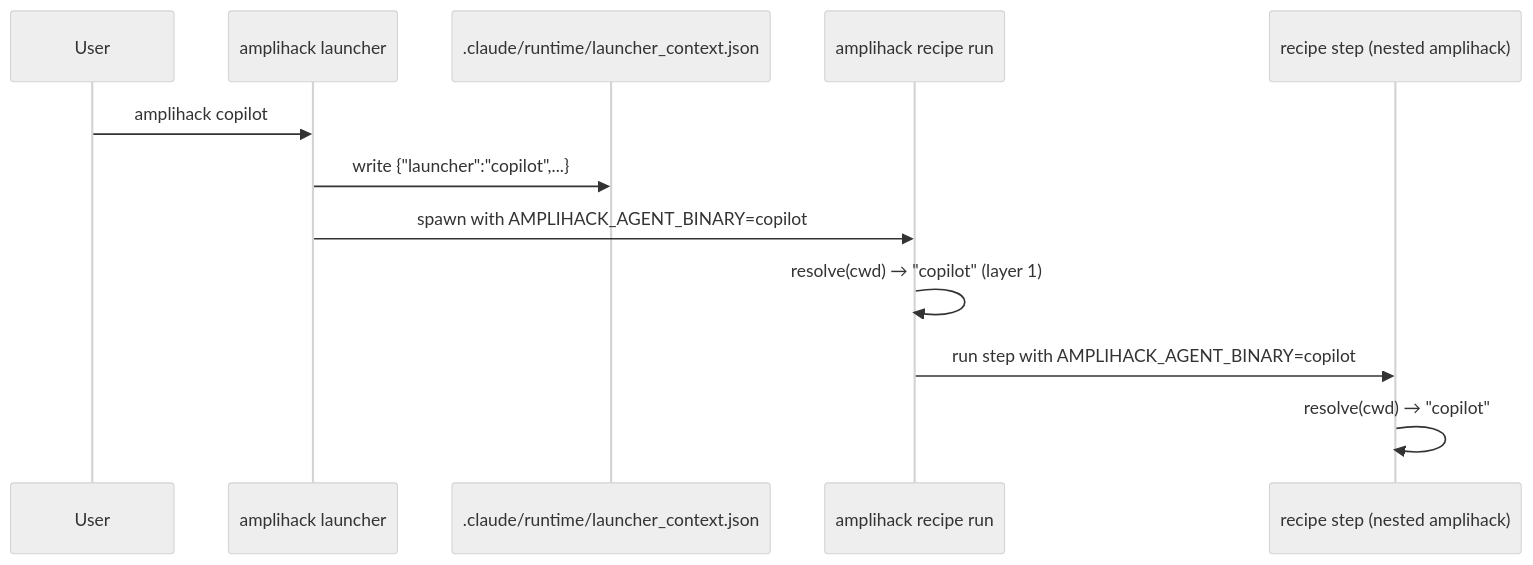
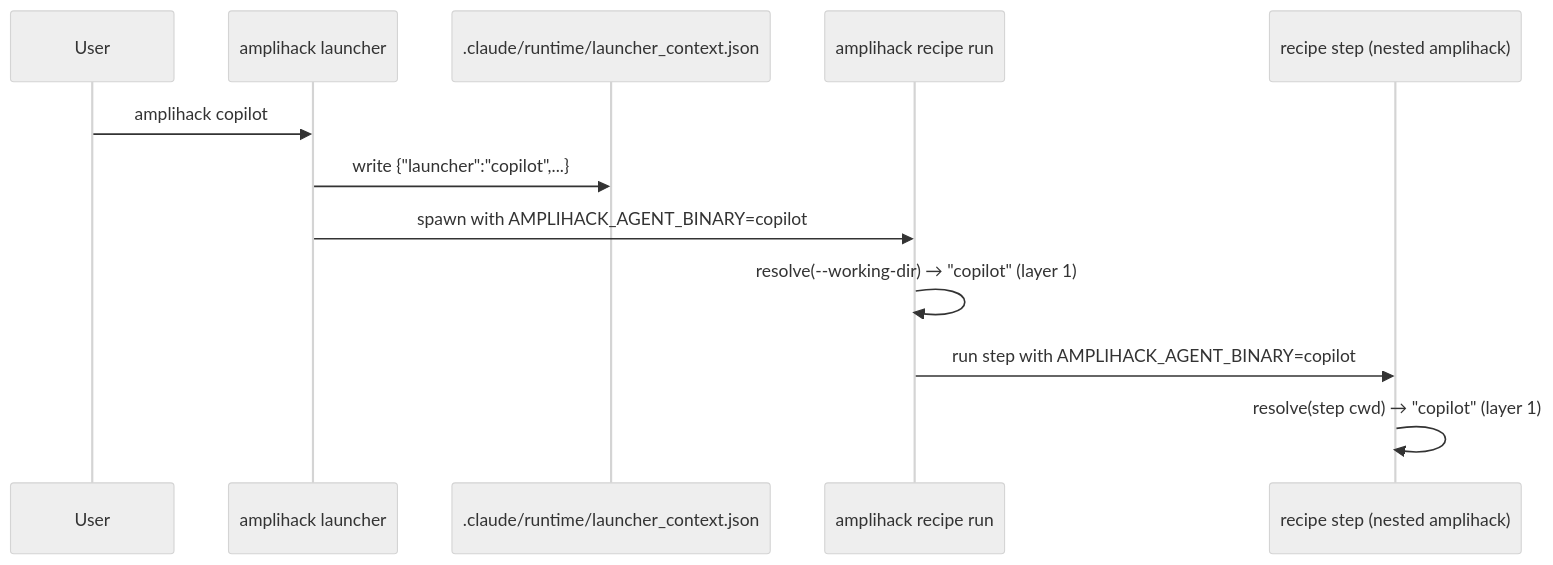
Before and after one commit to rysweet/amplihack-rs: the second of 2 diagrams in docs/concepts/agent-binary-routing.md, drawn with Mermaid (neutral theme). The commit also changed 8 other files, not shown here.

````diff
--- a/docs/concepts/agent-binary-routing.md
+++ b/docs/concepts/agent-binary-routing.md
@@ -111,15 +111,15 @@
 ```mermaid
 sequenceDiagram
     participant U as User
     participant L as amplihack launcher
     participant F as .claude/runtime/launcher_context.json
     participant R as amplihack recipe run
     participant S as recipe step (nested amplihack)
 
     U->>L: amplihack copilot
     L->>F: write {"launcher":"copilot",...}
     L->>R: spawn with AMPLIHACK_AGENT_BINARY=copilot
-    R->>R: resolve(cwd) → "copilot" (layer 1)
+    R->>R: resolve(--working-dir) → "copilot" (layer 1)
     R->>S: run step with AMPLIHACK_AGENT_BINARY=copilot
-    S->>S: resolve(cwd) → "copilot"
+    S->>S: resolve(step cwd) → "copilot" (layer 1)
 ```
````
